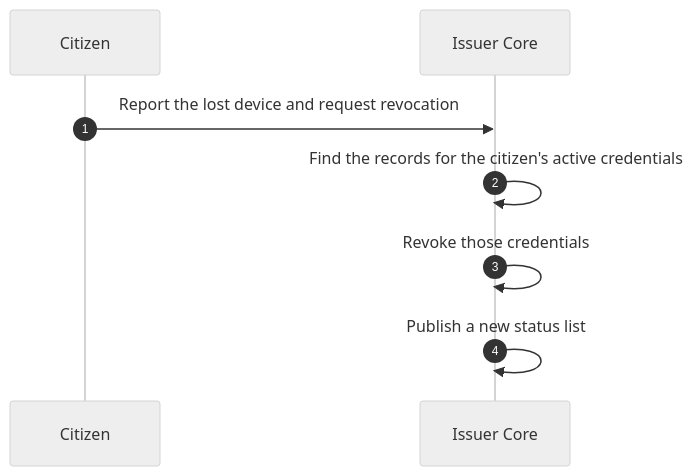
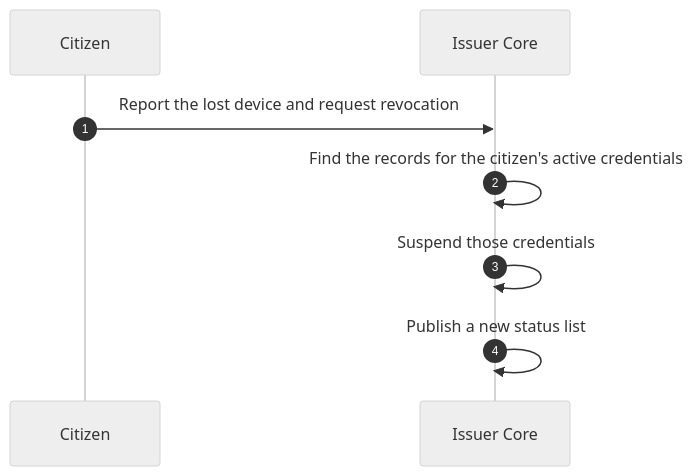
Diagram 14 of 14 in docs/architecture-framework/high-level-architecture/flows-per-use-case.md (id-verifiable-credential-dev/id-doc-idctf), drawn with Mermaid (neutral theme) before and after one commit. The commit also changed other lines of this file and 158 other files, not shown here.

````diff
--- a/docs/architecture-framework/high-level-architecture/flows-per-use-case.md
+++ b/docs/architecture-framework/high-level-architecture/flows-per-use-case.md
@@ -1073,10 +1198,10 @@
 ```mermaid
 sequenceDiagram
     autonumber
     participant Cit as Citizen
     participant IC as Issuer Core
     Cit->>IC: Report the lost device and request revocation
     IC->>IC: Find the records for the citizen's active credentials
-    IC->>IC: Revoke those credentials
+    IC->>IC: Suspend those credentials
     IC->>IC: Publish a new status list
 ```
````
